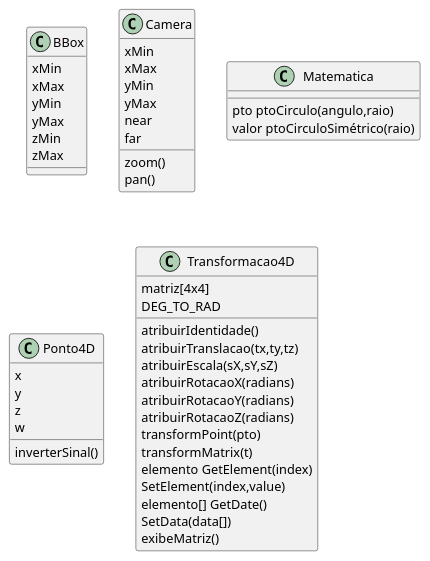
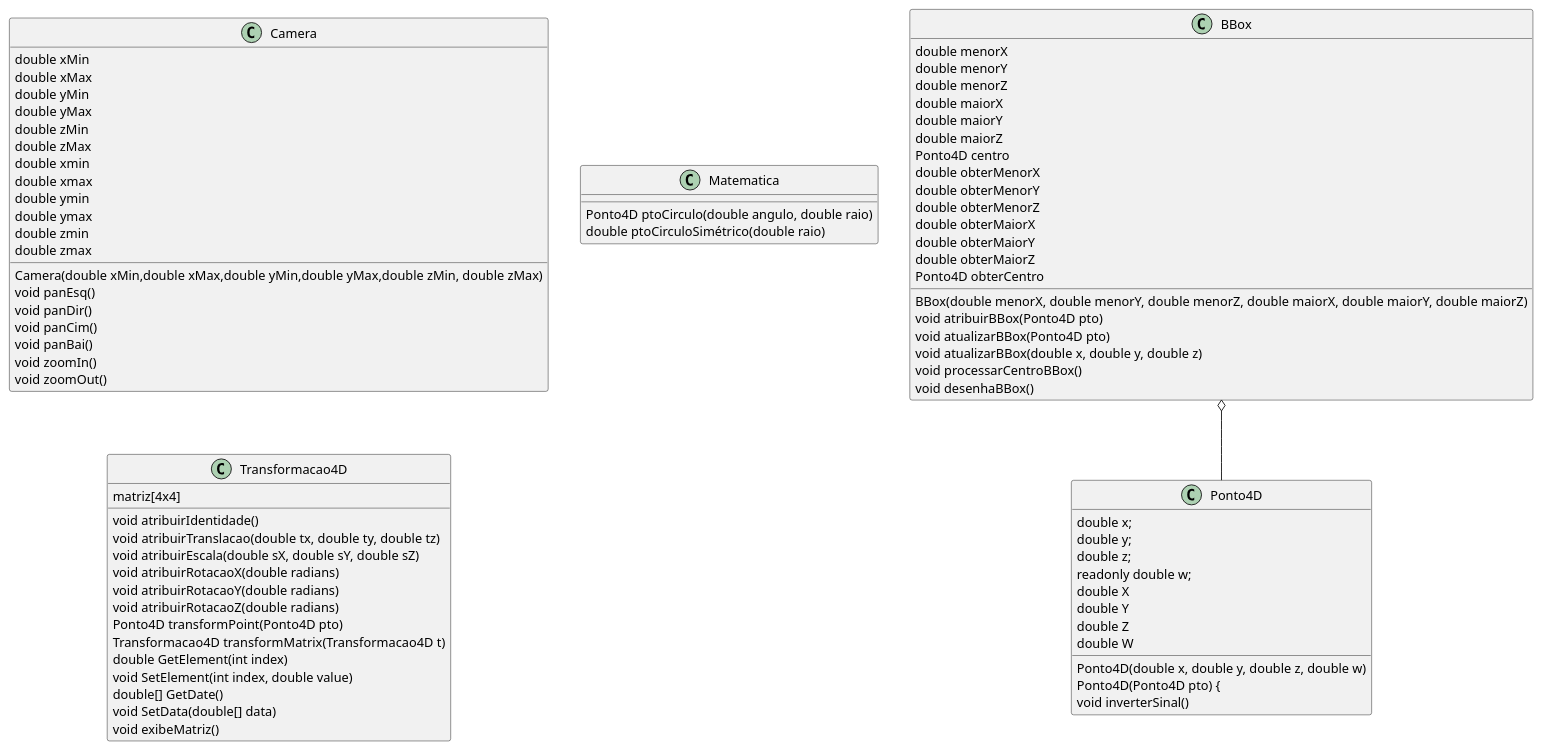
Before and after one commit to gustavospiess/gcg-cg: the diagram in CG_Biblioteca/docs/umlClasses.wsd, drawn with PlantUML. The commit also changed other lines of this file, not shown here.

Commit message:
Atualizei diagramação (obrigado prof. Marcel Hugo).

```diff
--- a/CG_Biblioteca/docs/umlClasses.wsd
+++ b/CG_Biblioteca/docs/umlClasses.wsd
@@ -1,44 +2,75 @@
 @startuml CG_Biblioteca
 
-BBox : xMin
-BBox : xMax
-BBox : yMin
-BBox : yMax
-BBox : zMin
-BBox : zMax
+BBox : double menorX
+BBox : double menorY
+BBox : double menorZ
+BBox : double maiorX
+BBox : double maiorY
+BBox : double maiorZ
+BBox : Ponto4D centro
+BBox : BBox(double menorX, double menorY, double menorZ, double maiorX, double maiorY, double maiorZ)
+BBox : void atribuirBBox(Ponto4D pto)	
+BBox : void atualizarBBox(Ponto4D pto)
+BBox : void atualizarBBox(double x, double y, double z)
+BBox : void processarCentroBBox()
+BBox : void desenhaBBox()
+BBox : double obterMenorX
+BBox : double obterMenorY
+BBox : double obterMenorZ
+BBox : double obterMaiorX
+BBox : double obterMaiorY
+BBox : double obterMaiorZ
+BBox : Ponto4D obterCentro
+BBox o-- Ponto4D
 
-Camera : xMin
-Camera : xMax
-Camera : yMin
-Camera : yMax
-Camera : near  /' zMin '/
-Camera : far   /' zMax '/
-Camera : zoom()
-Camera : pan()
+Camera : double xMin
+Camera : double xMax
+Camera : double yMin
+Camera : double yMax
+Camera : double zMin
+Camera : double zMax
+Camera : Camera(double xMin,double xMax,double yMin,double yMax,double zMin, double zMax)
+Camera : double xmin
+Camera : double xmax
+Camera : double ymin
+Camera : double ymax
+Camera : double zmin
+Camera : double zmax
+Camera : void panEsq()
+Camera : void panDir()
+Camera : void panCim()
+Camera : void panBai()
+Camera : void zoomIn()
+Camera : void zoomOut()
 
-Matematica : pto ptoCirculo(angulo,raio)
-Matematica : valor ptoCirculoSimétrico(raio)
+Matematica : Ponto4D ptoCirculo(double angulo, double raio)
+Matematica : double ptoCirculoSimétrico(double raio)
 
-Ponto4D : x
-Ponto4D : y
-Ponto4D : z
-Ponto4D : w
-Ponto4D : inverterSinal()
+Ponto4D : double x;
+Ponto4D : double y;
+Ponto4D : double z;
+Ponto4D : readonly double w;
+Ponto4D : Ponto4D(double x, double y, double z, double w)
+Ponto4D : Ponto4D(Ponto4D pto) {
+Ponto4D : double X
+Ponto4D : double Y
+Ponto4D : double Z
+Ponto4D : double W
+Ponto4D : void inverterSinal()
 
 Transformacao4D : matriz[4x4]
-Transformacao4D : DEG_TO_RAD
-Transformacao4D : atribuirIdentidade()
-Transformacao4D : atribuirTranslacao(tx,ty,tz)
-Transformacao4D : atribuirEscala(sX,sY,sZ)
-Transformacao4D : atribuirRotacaoX(radians)
-Transformacao4D : atribuirRotacaoY(radians)
-Transformacao4D : atribuirRotacaoZ(radians)
-Transformacao4D : transformPoint(pto)
-Transformacao4D : transformMatrix(t)
-Transformacao4D : elemento GetElement(index)
-Transformacao4D : SetElement(index,value)
-Transformacao4D : elemento[] GetDate()
-Transformacao4D : SetData(data[])
-Transformacao4D : exibeMatriz()
+Transformacao4D : void atribuirIdentidade()
+Transformacao4D : void atribuirTranslacao(double tx, double ty, double tz)
+Transformacao4D : void atribuirEscala(double sX, double sY, double sZ)
+Transformacao4D : void atribuirRotacaoX(double radians)
+Transformacao4D : void atribuirRotacaoY(double radians)
+Transformacao4D : void atribuirRotacaoZ(double radians)
+Transformacao4D : Ponto4D transformPoint(Ponto4D pto)
+Transformacao4D : Transformacao4D transformMatrix(Transformacao4D t)
+Transformacao4D : double GetElement(int index)
+Transformacao4D : void SetElement(int index, double value)
+Transformacao4D : double[] GetDate()
+Transformacao4D : void SetData(double[] data)
+Transformacao4D : void exibeMatriz()
 
 @enduml
```
